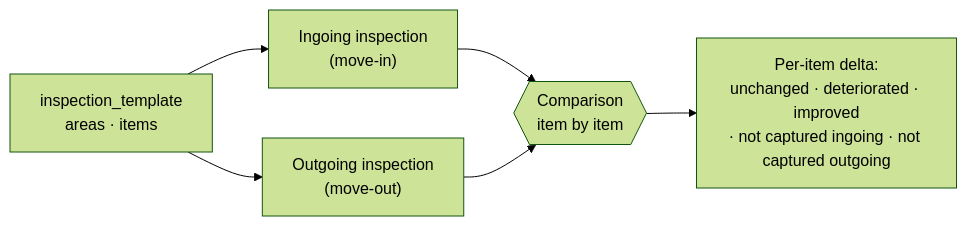
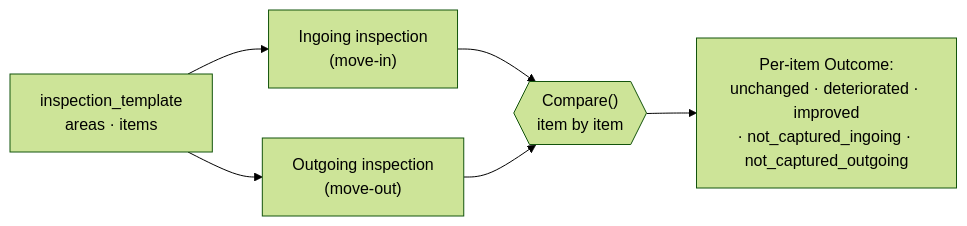
Before and after one commit to vul-os/propfix: the diagram in docs/INSPECTIONS.md, drawn with Mermaid (forest theme). The commit also changed other lines of this file and 6 other files, not shown here.

````diff
--- a/docs/INSPECTIONS.md
+++ b/docs/INSPECTIONS.md
@@ -96,12 +151,12 @@
 ```mermaid
 flowchart LR
   T["inspection_template<br/>areas · items"]
   I["Ingoing inspection<br/>(move-in)"]
   O["Outgoing inspection<br/>(move-out)"]
-  C{{"Comparison<br/>item by item"}}
+  C{{"Compare()<br/>item by item"}}
   T --> I
   T --> O
   I --> C
   O --> C
-  C --> R["Per-item delta:<br/>unchanged · deteriorated · improved<br/>· not captured ingoing · not captured outgoing"]
+  C --> R["Per-item Outcome:<br/>unchanged · deteriorated · improved<br/>· not_captured_ingoing · not_captured_outgoing"]
 ```
````
